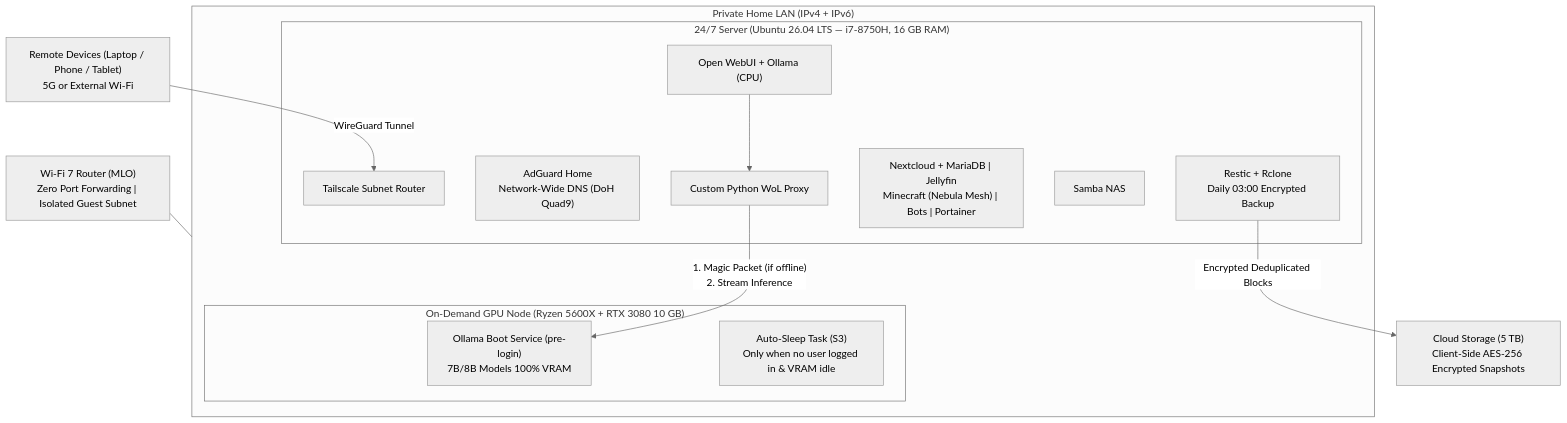
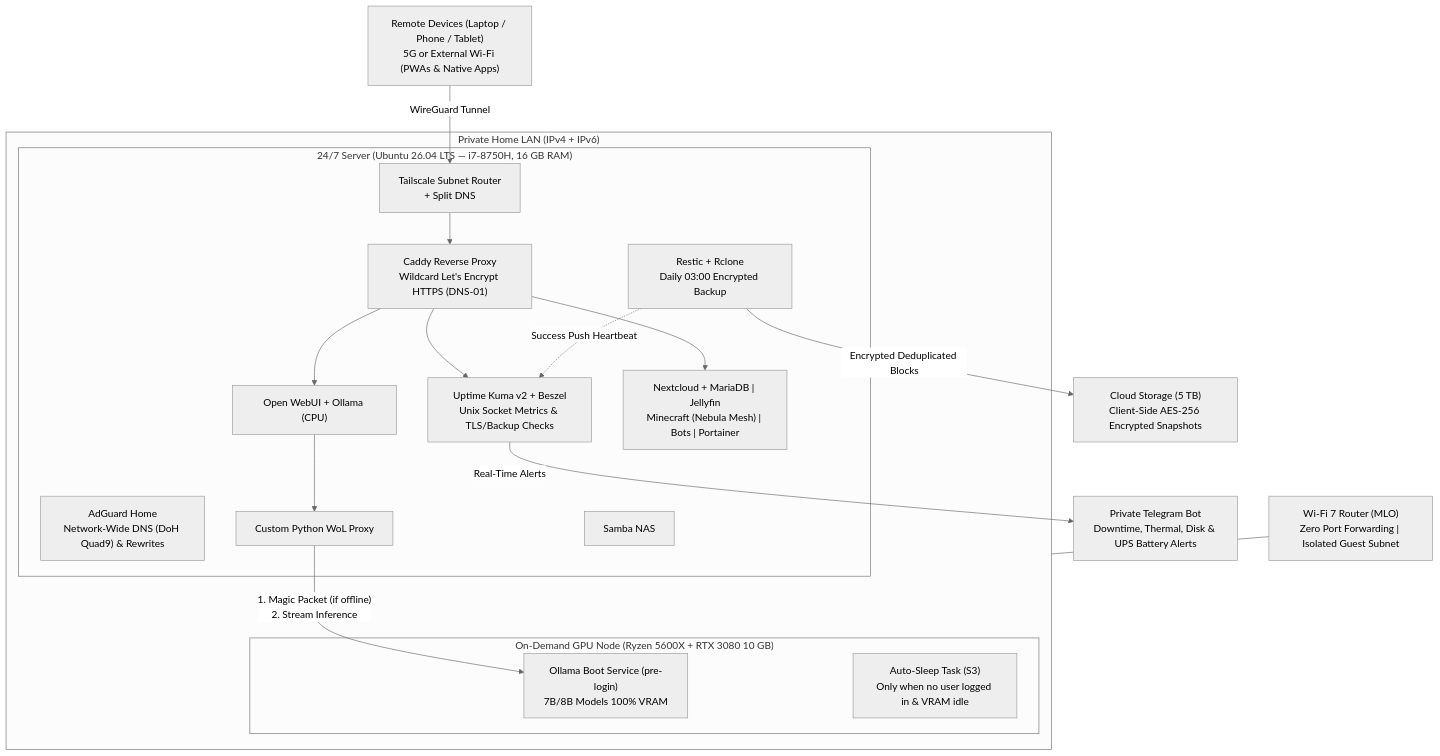
Before and after one commit to acs71agoe01/homelab: the diagram in README.md, drawn with Mermaid (neutral theme). The commit also changed other lines of this file, not shown here.

Commit message:
docs: update architecture with Caddy HTTPS, Uptime Kuma v2, Beszel and Telegram alerts

````diff
--- a/README.md
+++ b/README.md
@@ -24,30 +25,39 @@
 ```mermaid
 flowchart TB
-    Remote["Remote Devices (Laptop / Phone / Tablet)<br/>5G or External Wi-Fi"]
+    Remote["Remote Devices (Laptop / Phone / Tablet)<br/>5G or External Wi-Fi (PWAs & Native Apps)"]
     Router["Wi-Fi 7 Router (MLO)<br/>Zero Port Forwarding | Isolated Guest Subnet"]
 
     subgraph LAN["Private Home LAN (IPv4 + IPv6)"]
         subgraph Server["24/7 Server (Ubuntu 26.04 LTS — i7-8750H, 16 GB RAM)"]
-            TS["Tailscale Subnet Router"]
-            AG["AdGuard Home<br/>Network-Wide DNS (DoH Quad9)"]
+            TS["Tailscale Subnet Router<br/>+ Split DNS"]
+            AG["AdGuard Home<br/>Network-Wide DNS (DoH Quad9) & Rewrites"]
+            CD["Caddy Reverse Proxy<br/>Wildcard Let's Encrypt HTTPS (DNS-01)"]
             OW["Open WebUI + Ollama (CPU)"]
             WOL["Custom Python WoL Proxy"]
+            MON["Uptime Kuma v2 + Beszel<br/>Unix Socket Metrics & TLS/Backup Checks"]
             Core["Nextcloud + MariaDB | Jellyfin<br/>Minecraft (Nebula Mesh) | Bots | Portainer"]
             SMB["Samba NAS"]
             BK["Restic + Rclone<br/>Daily 03:00 Encrypted Backup"]
         end
 
         subgraph Desktop["On-Demand GPU Node (Ryzen 5600X + RTX 3080 10 GB)"]
             OLGPU["Ollama Boot Service (pre-login)<br/>7B/8B Models 100% VRAM"]
             SLEEP["Auto-Sleep Task (S3)<br/>Only when no user logged in & VRAM idle"]
         end
     end
 
     Cloud["Cloud Storage (5 TB)<br/>Client-Side AES-256 Encrypted Snapshots"]
+    TG["Private Telegram Bot<br/>Downtime, Thermal, Disk & UPS Battery Alerts"]
 
     Remote -->|"WireGuard Tunnel"| TS
     Router --- LAN
+    TS --> CD
+    CD --> OW
+    CD --> Core
+    CD --> MON
     OW --> WOL
     WOL -->|"1. Magic Packet (if offline)<br/>2. Stream Inference"| OLGPU
     BK -->|"Encrypted Deduplicated Blocks"| Cloud
+    BK -.->|"Success Push Heartbeat"| MON
+    MON -->|"Real-Time Alerts"| TG
 ```
````
